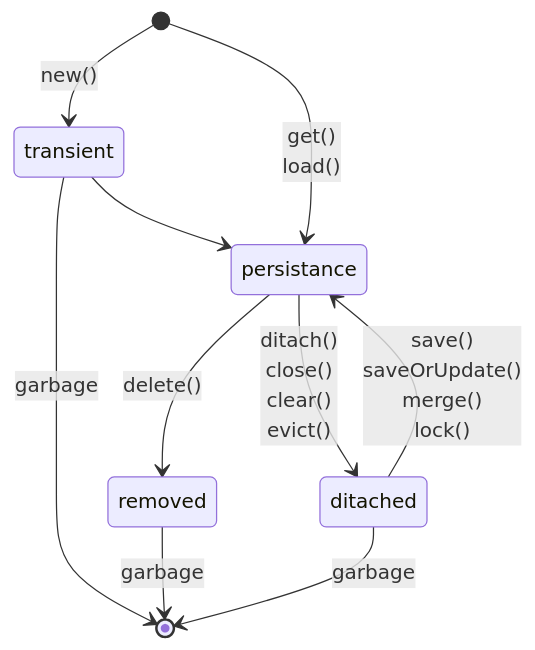
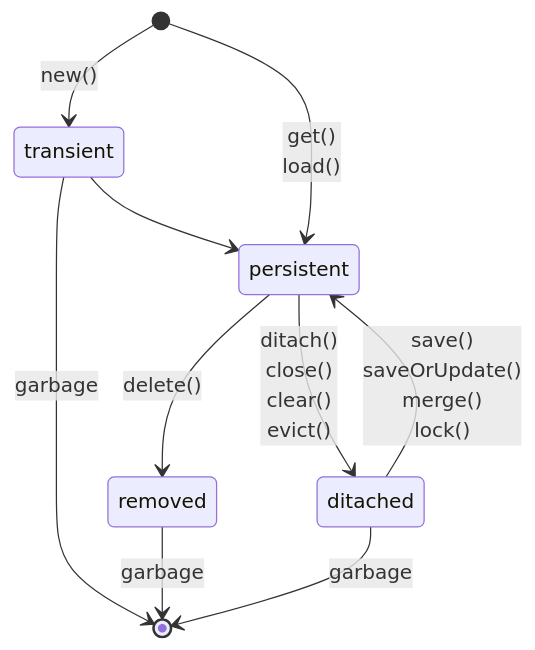
The diagram in JPA/jpareadme.md (nabilah-h-s/NSL), drawn with Mermaid before and after one commit.

Commit message:
hibernate lifecycle

````diff
--- a/JPA/jpareadme.md
+++ b/JPA/jpareadme.md
@@ -10,12 +10,12 @@
 ```mermaid
 stateDiagram-v2
   [*]-->transient : new()
-  transient-->persistance
-  [*]-->persistance : get() <br/> load()
-  persistance-->ditached : ditach() <br/> close() <br/> clear() <br/> evict()
-  ditached-->persistance : save() <br/> saveOrUpdate() <br/> merge() <br/> lock()
+  transient-->persistent
+  [*]-->persistent : get() <br/> load()
+  persistent-->ditached : ditach() <br/> close() <br/> clear() <br/> evict()
+  ditached-->persistent : save() <br/> saveOrUpdate() <br/> merge() <br/> lock()
   transient-->[*] : garbage
-  persistance-->removed : delete()
+  persistent-->removed : delete()
   removed-->[*] : garbage 
   ditached-->[*] : garbage
 ```
````
